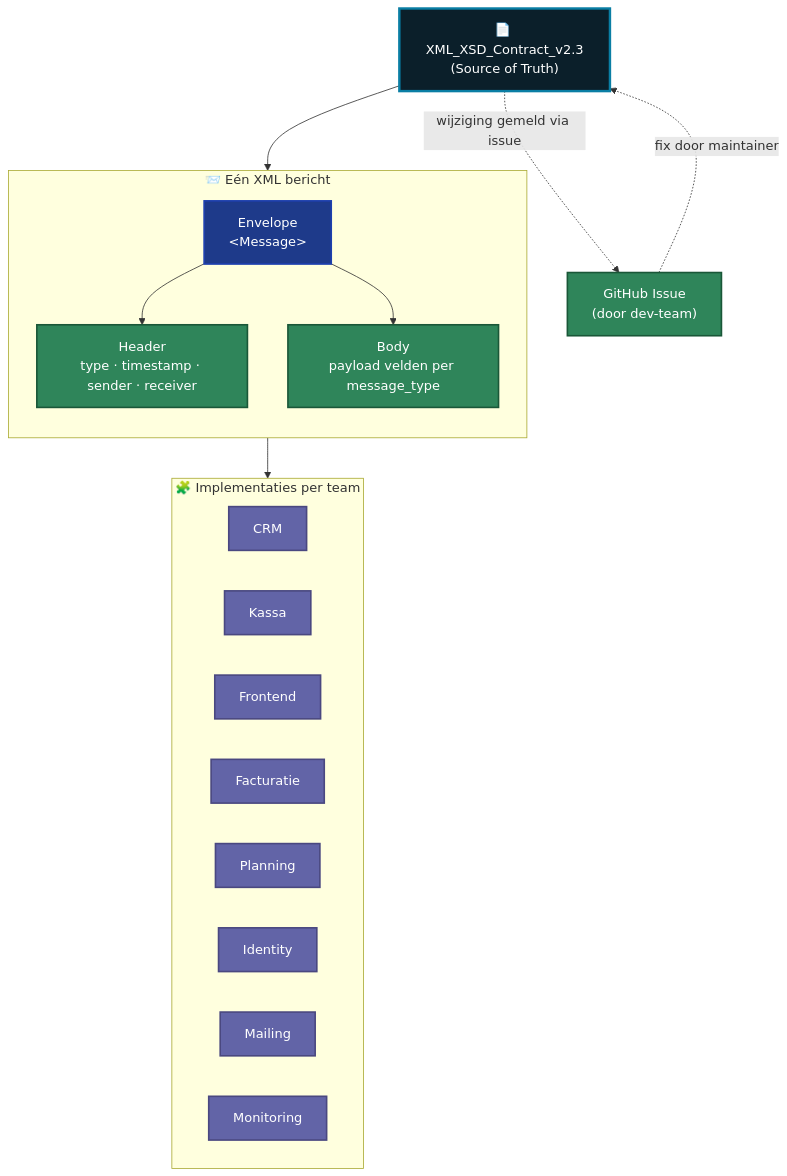
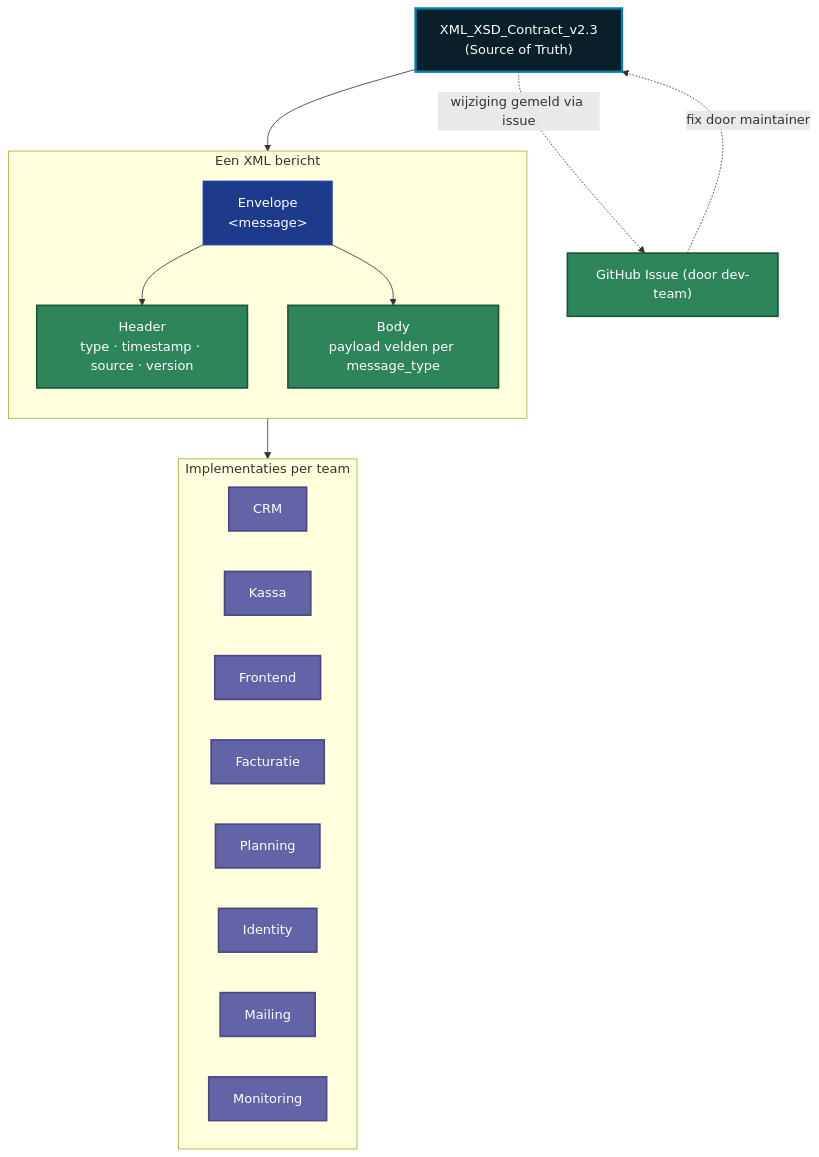
One commit to IntegrationProject-Groep1/xml-xsd-contract changed the second of 5 diagrams in README.md. Above: the diagram before and after it, drawn with Mermaid. The commit also changed other lines of this file and 10 other files, not shown here.

````diff
--- a/README.md
+++ b/README.md
@@ -321,36 +283,36 @@
 ```mermaid
 flowchart TB
     classDef truth   fill:#0b1f2a,color:#fff,stroke:#0a7ea4,stroke-width:3px;
     classDef msg     fill:#1e3a8a,color:#fff,stroke:#1e40af,stroke-width:2px;
     classDef field   fill:#2f855a,color:#fff,stroke:#1a5738,stroke-width:2px;
     classDef teamcl  fill:#6264a7,color:#fff,stroke:#4a4880,stroke-width:2px;
 
-    SOT["📄 XML_XSD_Contract_v2.3<br/>(Source of Truth)"]:::truth
+    SOT["XML_XSD_Contract_v2.3<br/>(Source of Truth)"]:::truth
 
-    subgraph BERICHT["📨 Eén XML bericht"]
+    subgraph BERICHT["Een XML bericht"]
         direction TB
-        ENV["Envelope<br/>&lt;Message&gt;"]:::msg
-        HDR["Header<br/>type · timestamp · sender · receiver"]:::field
+        ENV["Envelope<br/>&lt;message&gt;"]:::msg
+        HDR["Header<br/>type · timestamp · source · version"]:::field
         BODY["Body<br/>payload velden per message_type"]:::field
         ENV --> HDR
         ENV --> BODY
     end
 
-    subgraph CONSUMERS["🧩 Implementaties per team"]
+    subgraph CONSUMERS["Implementaties per team"]
         direction LR
         CRM2["CRM"]:::teamcl
         KAS2["Kassa"]:::teamcl
         FE2["Frontend"]:::teamcl
         FAC2["Facturatie"]:::teamcl
         PL2["Planning"]:::teamcl
         ID2["Identity"]:::teamcl
         MAIL2["Mailing"]:::teamcl
         MON2["Monitoring"]:::teamcl
     end
 
     SOT --> BERICHT
     BERICHT --> CONSUMERS
 
-    SOT -. "wijziging gemeld via issue" .-> ISSUE["GitHub Issue<br/>(door dev-team)"]:::field
+    SOT -. "wijziging gemeld via issue" .-> ISSUE["GitHub Issue (door dev-team)"]:::field
     ISSUE -. "fix door maintainer" .-> SOT
 ```
````
